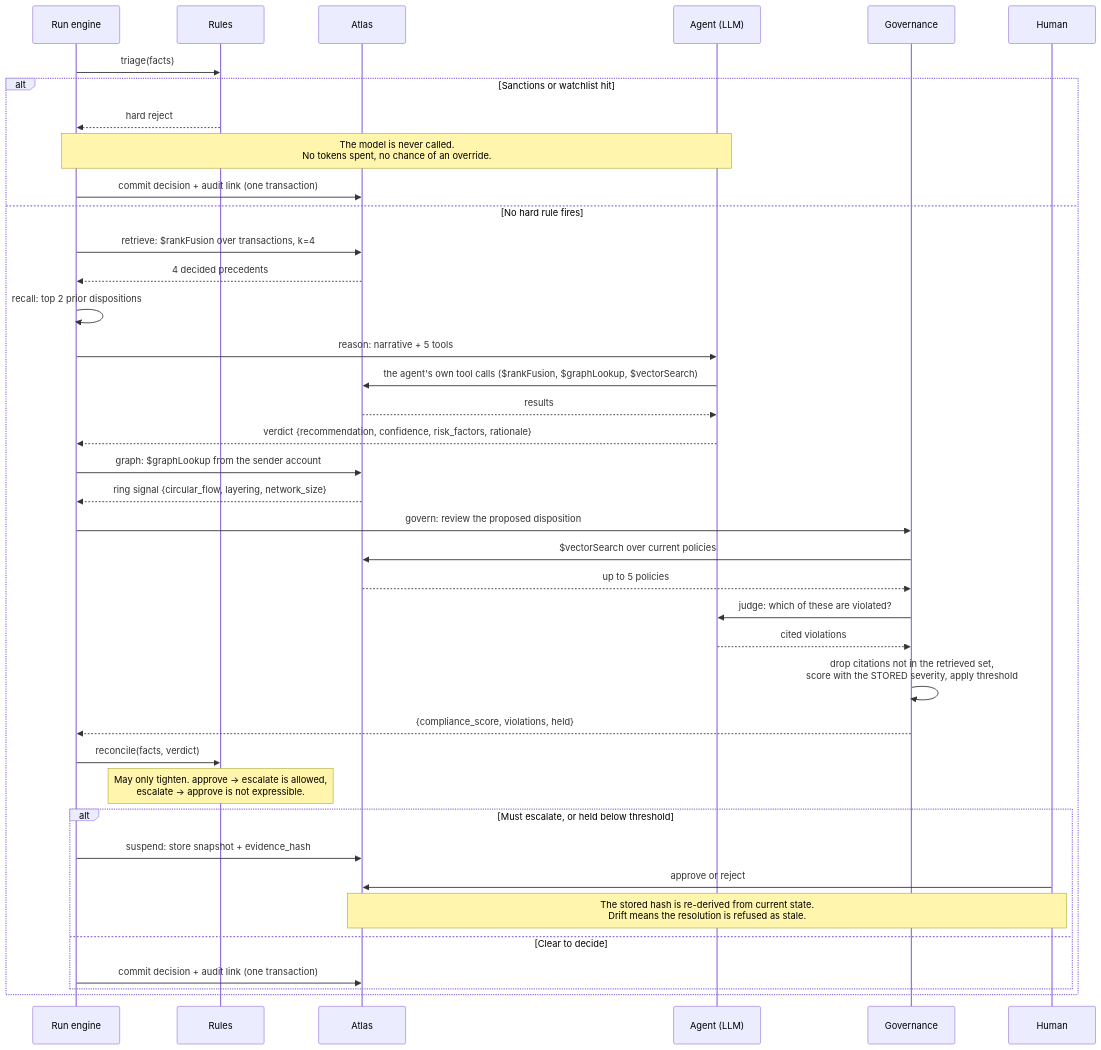
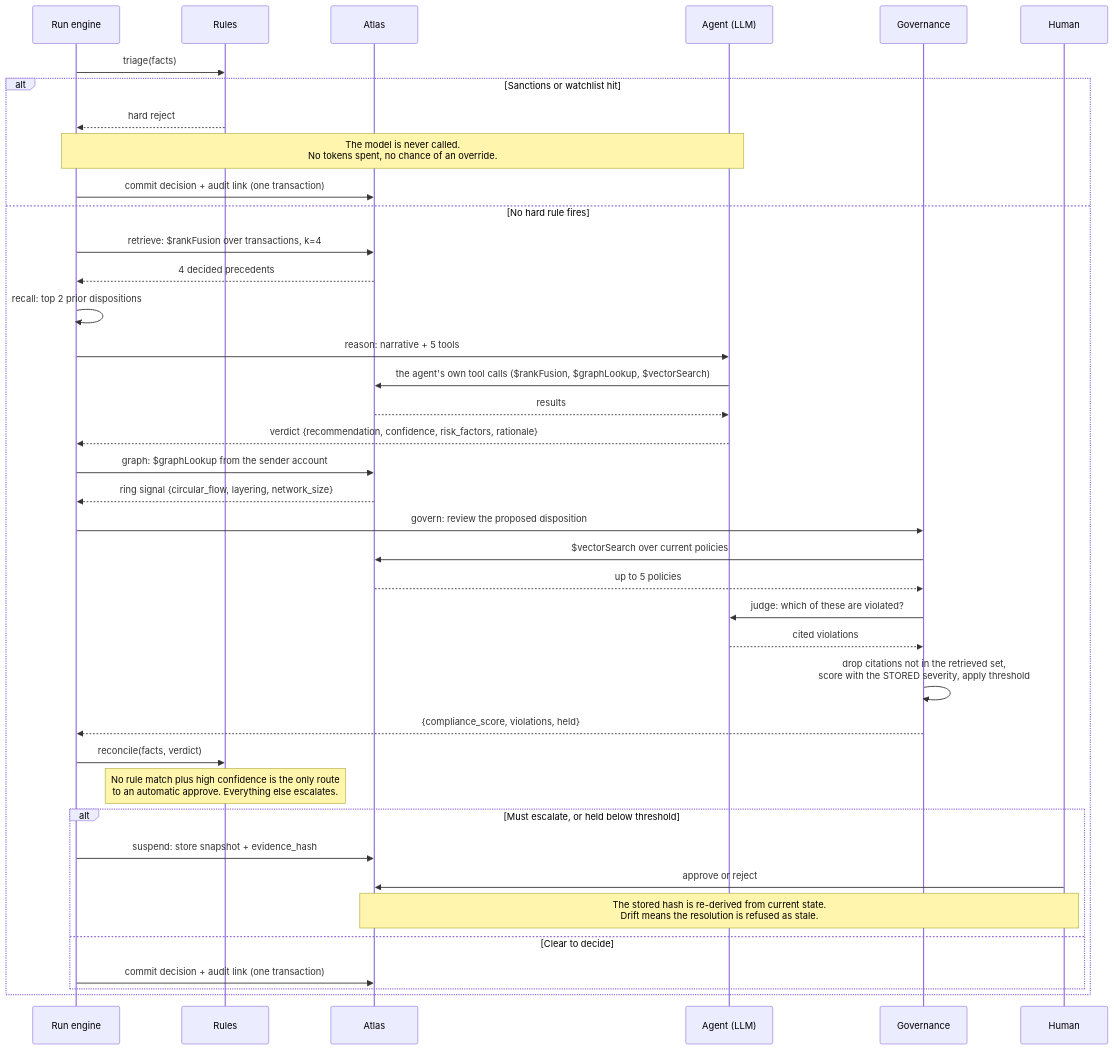
One commit to mongodb-partners/mongodb-mastra-agentic-ai-qs changed the fourth of 5 diagrams in docs/architecture.md. Above: the diagram before and after it, drawn with Mermaid. The commit also changed other lines of this file and 10 other files, not shown here.

````diff
--- a/docs/architecture.md
+++ b/docs/architecture.md
@@ -179,42 +179,42 @@
 ```mermaid
 sequenceDiagram
     participant Q as Run engine
     participant R as Rules
     participant A as Atlas
     participant M as Agent (LLM)
     participant G as Governance
     participant H as Human
 
     Q->>R: triage(facts)
     alt Sanctions or watchlist hit
         R-->>Q: hard reject
         Note over Q,M: The model is never called.<br/>No tokens spent, no chance of an override.
         Q->>A: commit decision + audit link (one transaction)
     else No hard rule fires
         Q->>A: retrieve: $rankFusion over transactions, k=4
         A-->>Q: 4 decided precedents
         Q->>Q: recall: top 2 prior dispositions
         Q->>M: reason: narrative + 5 tools
         M->>A: the agent's own tool calls ($rankFusion, $graphLookup, $vectorSearch)
         A-->>M: results
         M-->>Q: verdict {recommendation, confidence, risk_factors, rationale}
         Q->>A: graph: $graphLookup from the sender account
         A-->>Q: ring signal {circular_flow, layering, network_size}
         Q->>G: govern: review the proposed disposition
         G->>A: $vectorSearch over current policies
         A-->>G: up to 5 policies
         G->>M: judge: which of these are violated?
         M-->>G: cited violations
         G->>G: drop citations not in the retrieved set,<br/>score with the STORED severity, apply threshold
         G-->>Q: {compliance_score, violations, held}
         Q->>R: reconcile(facts, verdict)
-        Note over R: May only tighten. approve -> escalate is allowed,<br/>escalate -> approve is not expressible.
+        Note over R: No rule match plus high confidence is the only route<br/>to an automatic approve. Everything else escalates.
         alt Must escalate, or held below threshold
             Q->>A: suspend: store snapshot + evidence_hash
             H->>A: approve or reject
             Note over H,A: The stored hash is re-derived from current state.<br/>Drift means the resolution is refused as stale.
         else Clear to decide
             Q->>A: commit decision + audit link (one transaction)
         end
     end
 ```
````
